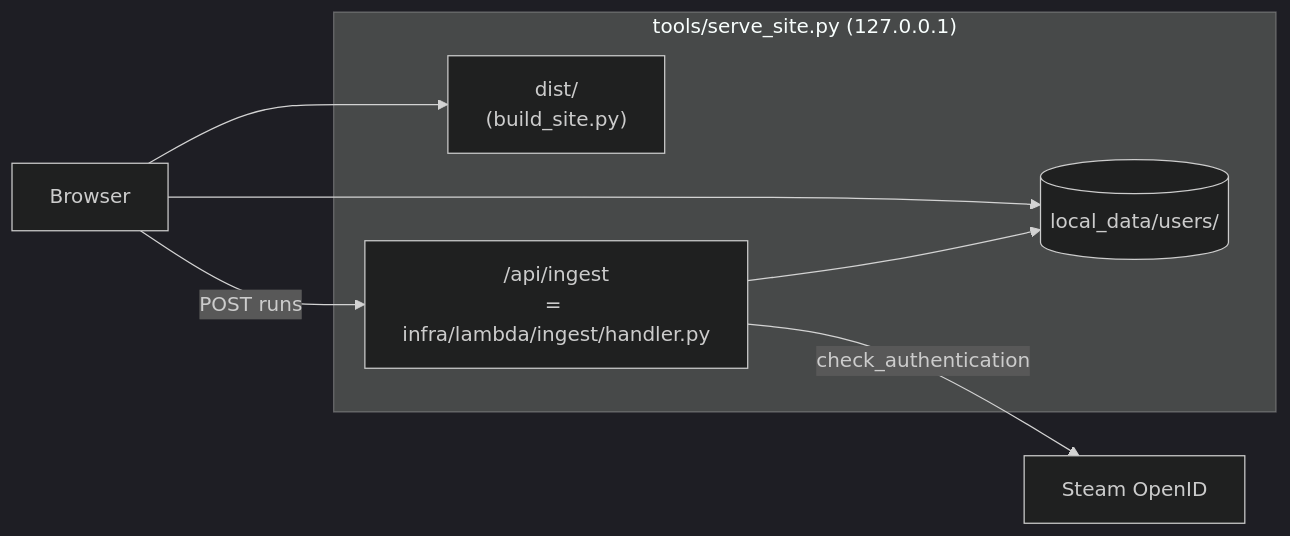
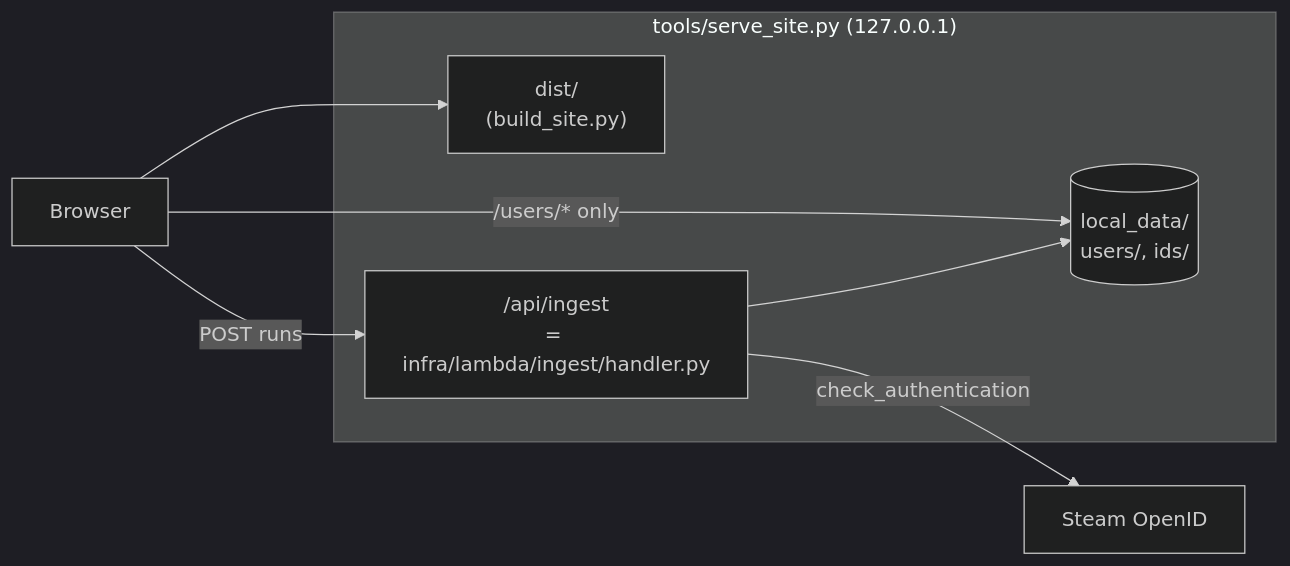
One commit to johnstonjesse329/slay-my-stats changed the third of 3 diagrams in README.md. Above: the diagram before and after it, drawn with Mermaid (dark theme). The commit also changed other lines of this file and 9 other files, not shown here.

````diff
--- a/README.md
+++ b/README.md
@@ -115,13 +139,13 @@
 ```mermaid
 flowchart LR
     subgraph local["tools/serve_site.py (127.0.0.1)"]
         dist["dist/<br/>(build_site.py)"]
-        users[("local_data/users/")]
+        users[("local_data/<br/>users/, ids/")]
         ingest["/api/ingest<br/>= infra/lambda/ingest/handler.py"]
     end
     b["Browser"] --> dist
-    b --> users
+    b -- "/users/* only" --> users
     b -- "POST runs" --> ingest
     ingest --> users
     ingest -- "check_authentication" --> steam["Steam OpenID"]
 ```
````
